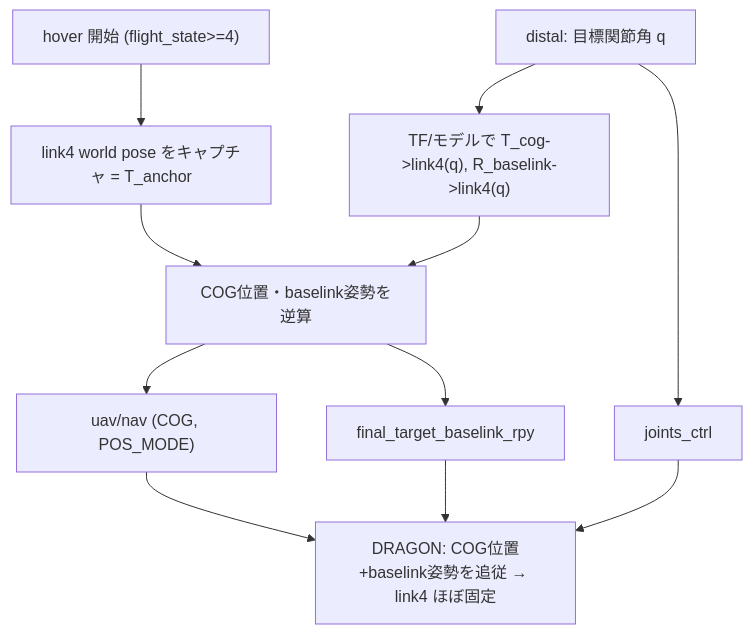
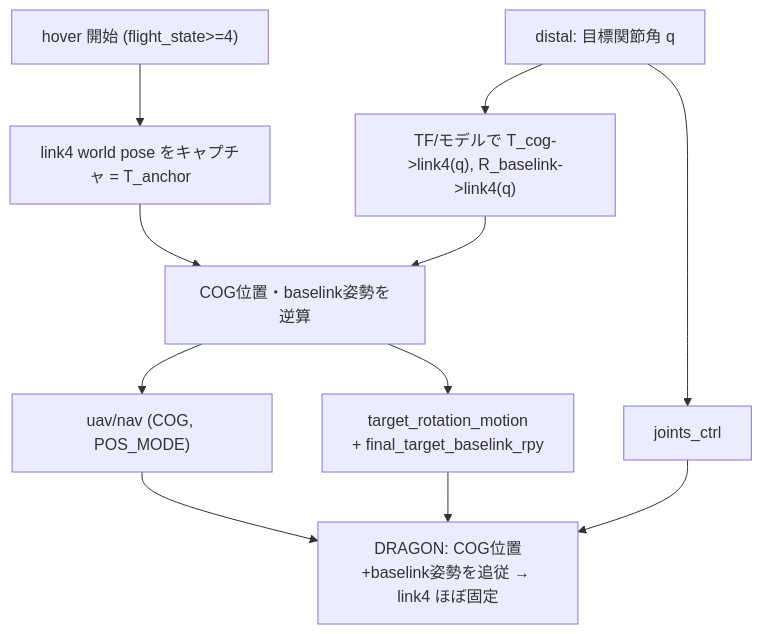
The diagram in robots/dracomancer/docs/link4_anchor.md (Tomoya-Oku/jsk_aerial_robot), drawn with Mermaid before and after one commit. The commit also changed other lines of this file and 4 other files, not shown here.

````diff
--- a/robots/dracomancer/docs/link4_anchor.md
+++ b/robots/dracomancer/docs/link4_anchor.md
@@ -56,13 +60,13 @@
 ```mermaid
 flowchart TD
     H["hover 開始 (flight_state>=4)"] --> CAP["link4 world pose をキャプチャ = T_anchor"]
     Q["distal: 目標関節角 q"] --> FK["TF/モデルで T_cog->link4(q), R_baselink->link4(q)"]
     CAP --> COMP
     FK --> COMP["COG位置・baselink姿勢を逆算"]
     COMP --> NAV["uav/nav (COG, POS_MODE)"]
-    COMP --> RPY["final_target_baselink_rpy"]
+    COMP --> RPY["target_rotation_motion<br/>+ final_target_baselink_rpy"]
     Q --> JC["joints_ctrl"]
     NAV --> DRAGON
     RPY --> DRAGON
     JC --> DRAGON["DRAGON: COG位置+baselink姿勢を追従 → link4 ほぼ固定"]
 ```
````
